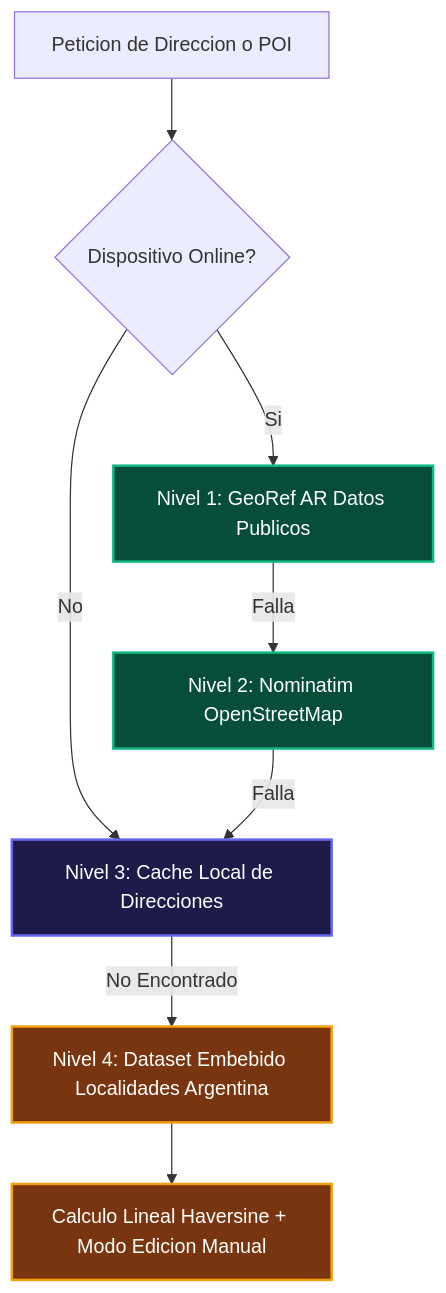
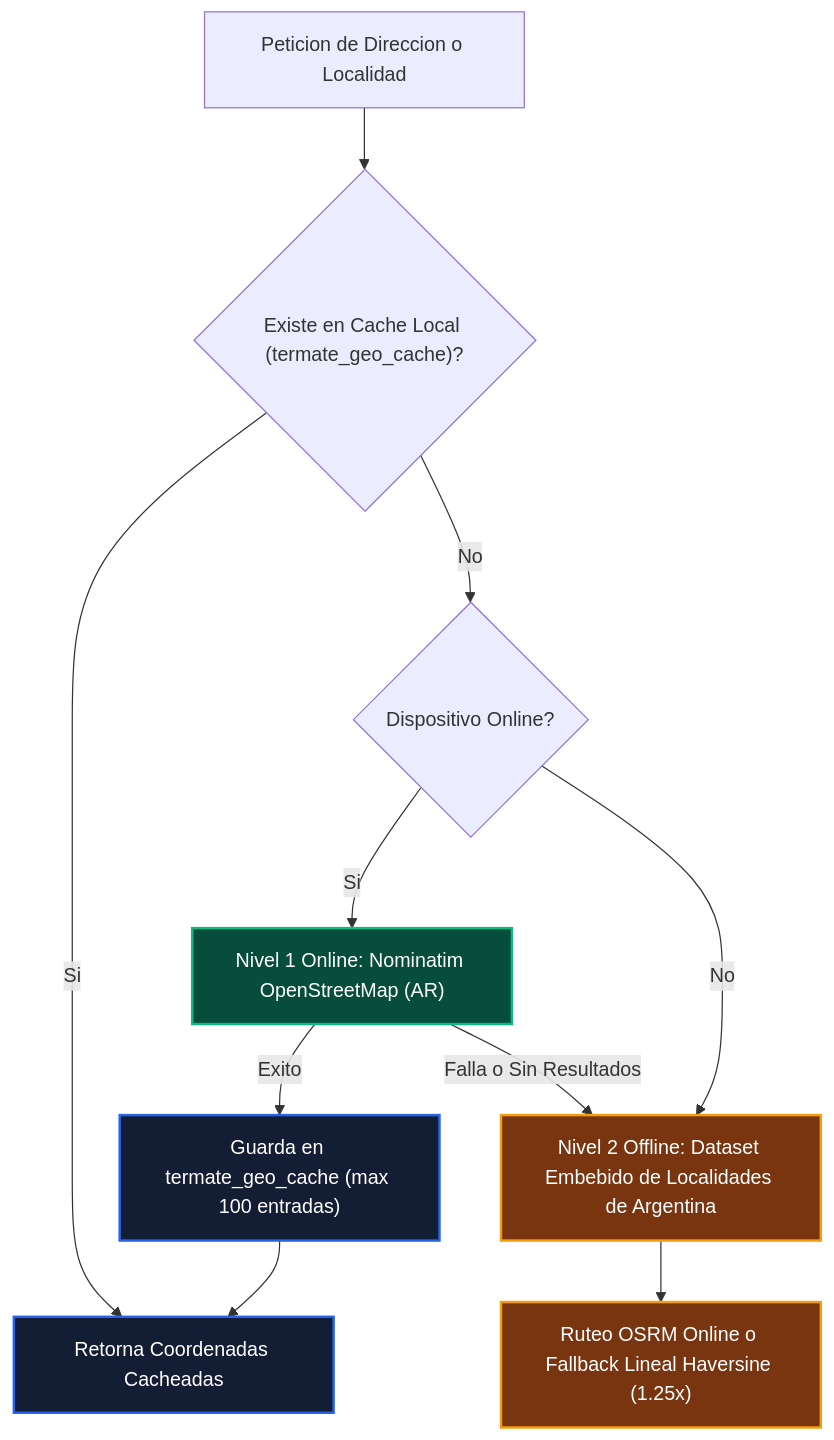
One commit to agus123e21/TerMate changed the fourth of 4 diagrams in DESIGN.md. Above: the diagram before and after it, drawn with Mermaid. The commit also changed other lines of this file and 5 other files, not shown here.

````diff
--- a/DESIGN.md
+++ b/DESIGN.md
@@ -115,17 +132,18 @@
 ```mermaid
 graph TD
     classDef online fill:#064e3b,stroke:#10b981,stroke-width:2px,color:#ffffff;
     classDef fallback fill:#78350f,stroke:#f59e0b,stroke-width:2px,color:#ffffff;
-    classDef local fill:#1e1b4b,stroke:#6366f1,stroke-width:2px,color:#ffffff;
+    classDef local fill:#131d33,stroke:#2563eb,stroke-width:2px,color:#ffffff;
 
-    Req[Peticion de Direccion o POI] --> CheckNet{Dispositivo Online?}
-    
-    CheckNet -- Si --> GeoRef[Nivel 1: GeoRef AR Datos Publicos]:::online
-    GeoRef -- Falla --> Nominatim[Nivel 2: Nominatim OpenStreetMap]:::online
-    
-    CheckNet -- No --> CacheGeo[Nivel 3: Cache Local de Direcciones]:::local
-    Nominatim -- Falla --> CacheGeo
-    CacheGeo -- No Encontrado --> FallbackDataset[Nivel 4: Dataset Embebido Localidades Argentina]:::fallback
-    
-    FallbackDataset --> HaversineCalc[Calculo Lineal Haversine + Modo Edicion Manual]:::fallback
+    Req["Peticion de Direccion o Localidad"] --> CacheGeo{"Existe en Cache Local (termate_geo_cache)?"}
+    CacheGeo -- "Si" --> ReturnCoords["Retorna Coordenadas Cacheadas"]:::local
+    CacheGeo -- "No" --> CheckNet{"Dispositivo Online?"}
+
+    CheckNet -- "Si" --> Nominatim["Nivel 1 Online: Nominatim OpenStreetMap (AR)"]:::online
+    Nominatim -- "Exito" --> SaveCache["Guarda en termate_geo_cache (max 100 entradas)"]:::local
+    SaveCache --> ReturnCoords
+
+    CheckNet -- "No" --> FallbackDataset["Nivel 2 Offline: Dataset Embebido de Localidades de Argentina"]:::fallback
+    Nominatim -- "Falla o Sin Resultados" --> FallbackDataset
+    FallbackDataset --> RouteCalc["Ruteo OSRM Online o Fallback Lineal Haversine (1.25x)"]:::fallback
 ```
````
